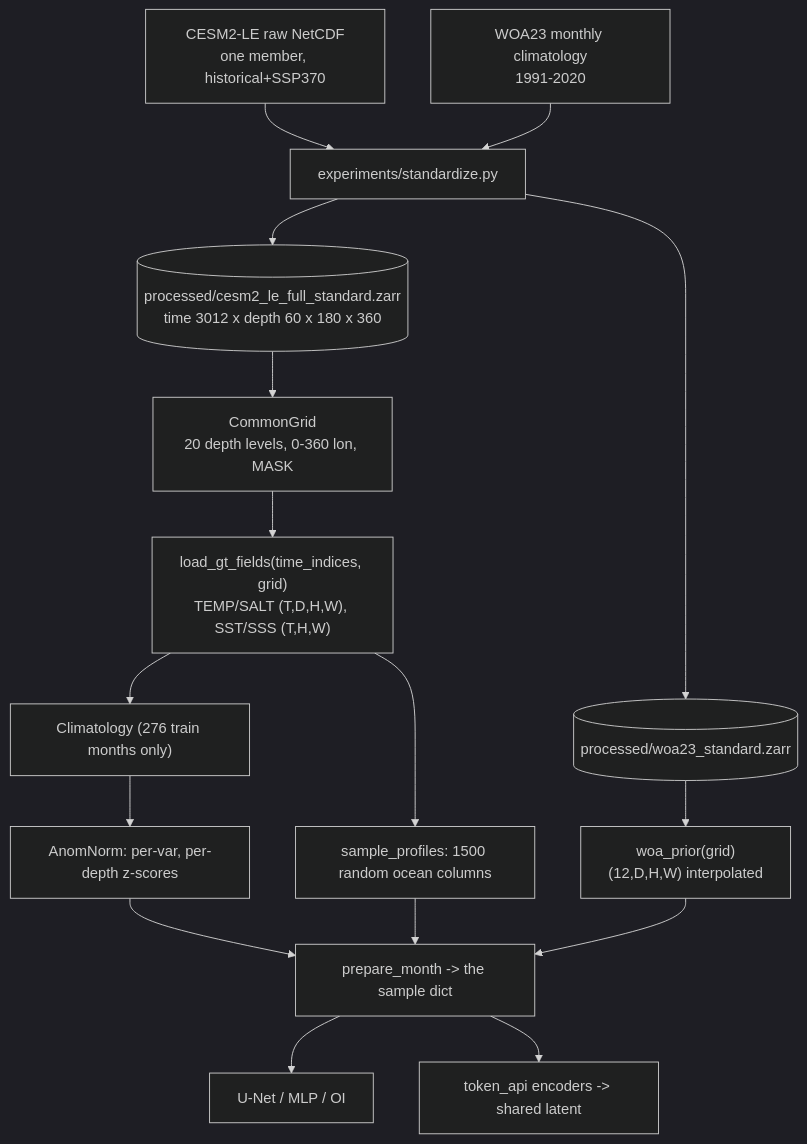
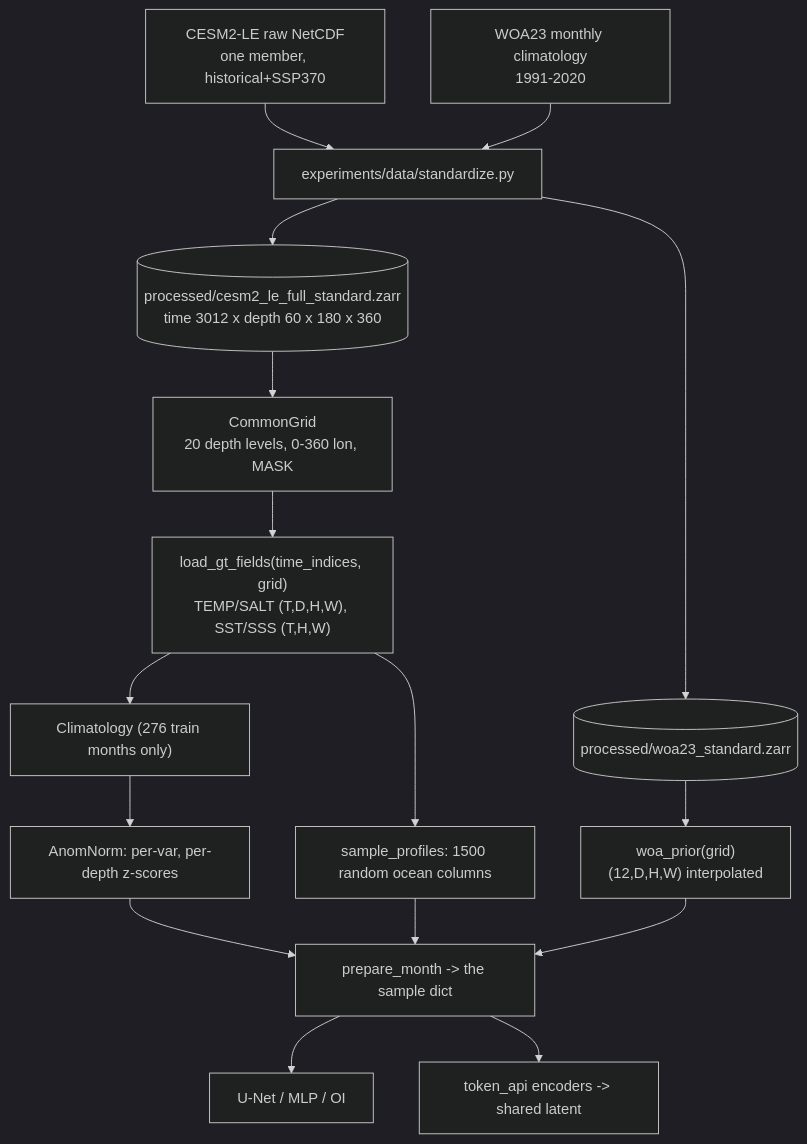
The first of 2 diagrams in doc/architecture_spec.md (kevnlin/ocean_project), drawn with Mermaid (dark theme) before and after one commit. The commit also changed other lines of this file and 145 other files, not shown here.

````diff
--- a/doc/architecture_spec.md
+++ b/doc/architecture_spec.md
@@ -22,18 +22,18 @@
 ```mermaid
 flowchart TD
-  A1["CESM2-LE raw NetCDF<br/>one member, historical+SSP370"] --> S["experiments/standardize.py"]
+  A1["CESM2-LE raw NetCDF<br/>one member, historical+SSP370"] --> S["experiments/data/standardize.py"]
   A2["WOA23 monthly climatology<br/>1991-2020"] --> S
   S --> Z1[("processed/cesm2_le_full_standard.zarr<br/>time 3012 x depth 60 x 180 x 360")]
   S --> Z2[("processed/woa23_standard.zarr")]
   Z1 --> G["CommonGrid<br/>20 depth levels, 0-360 lon, MASK"]
   Z2 --> W["woa_prior(grid)<br/>(12,D,H,W) interpolated"]
   G --> L["load_gt_fields(time_indices, grid)<br/>TEMP/SALT (T,D,H,W), SST/SSS (T,H,W)"]
   L --> C["Climatology (276 train months only)"]
   C --> N["AnomNorm: per-var, per-depth z-scores"]
   L --> P["sample_profiles: 1500 random ocean columns"]
   P --> PM["prepare_month -> the sample dict"]
   W --> PM
   N --> PM
   PM --> M1["U-Net / MLP / OI"]
   PM --> M2["token_api encoders -> shared latent"]
 ```
````
